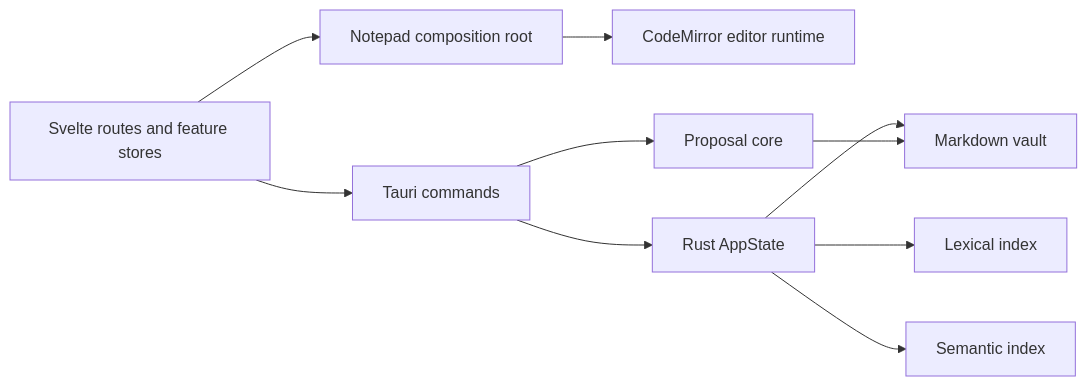
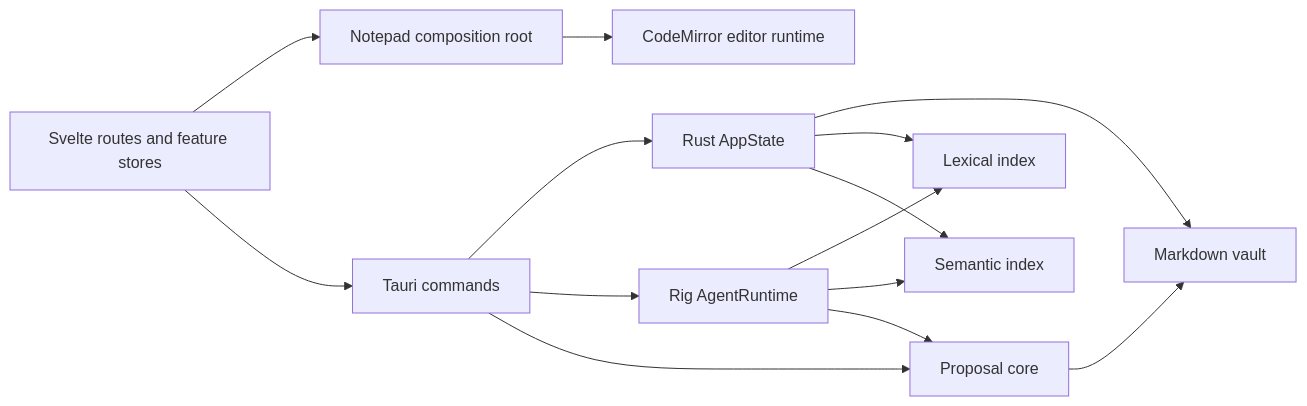
One commit to Braypolk/gneauxghts changed the diagram in docs/architecture.md. Above: the diagram before and after it, drawn with Mermaid. The commit also changed other lines of this file and 49 other files, not shown here.

````diff
--- a/docs/architecture.md
+++ b/docs/architecture.md
@@ -21,22 +21,27 @@
 ```mermaid
 flowchart LR
   UI["Svelte routes and feature stores"]
   Notepad["Notepad composition root"]
   Editor["CodeMirror editor runtime"]
   Commands["Tauri commands"]
   AppState["Rust AppState"]
   Vault["Markdown vault"]
   Lexical["Lexical index"]
   Semantic["Semantic index"]
+  Agent["Rig AgentRuntime"]
   Proposals["Proposal core"]
 
   UI --> Notepad
   Notepad --> Editor
   UI --> Commands
   Commands --> AppState
   AppState --> Vault
   AppState --> Lexical
   AppState --> Semantic
+  Commands --> Agent
+  Agent --> Lexical
+  Agent --> Semantic
+  Agent --> Proposals
   Commands --> Proposals
   Proposals --> Vault
 ```
````
